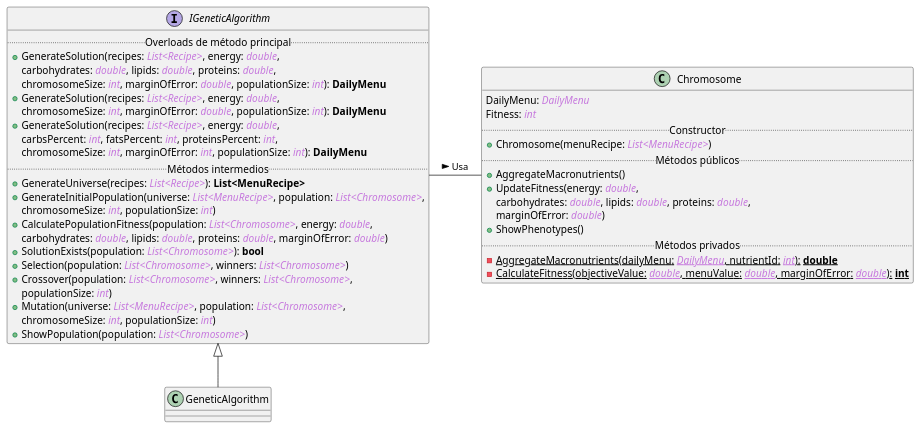
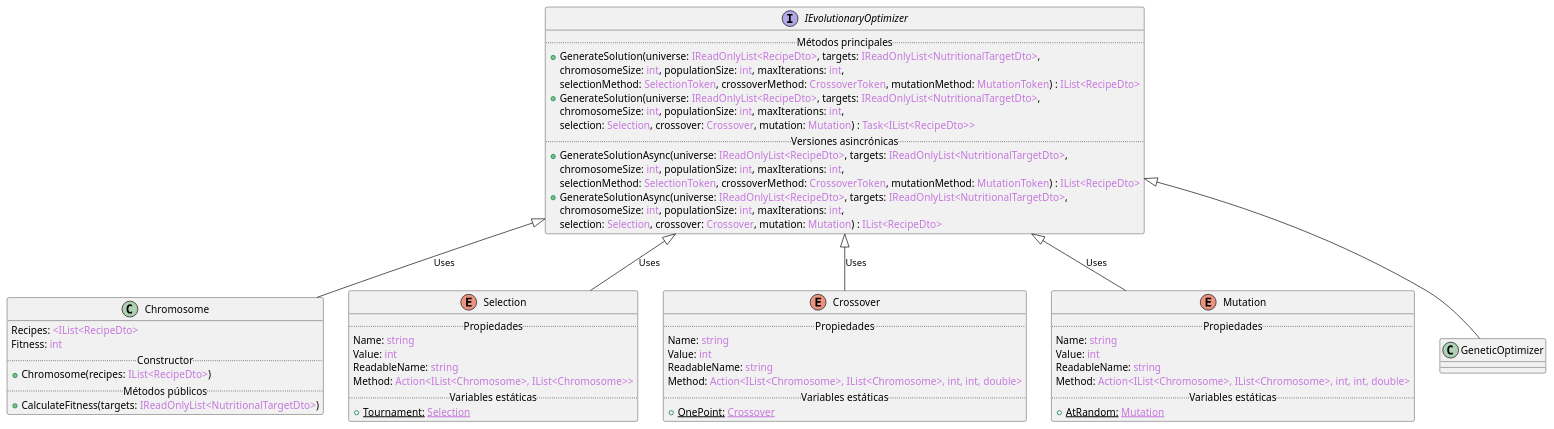
Before and after one commit to b-tapia-morales/NutriFoods: the diagram in API/Diagrams/GeneticAlgorithm.puml, drawn with PlantUML.

Commit message:
Updated class diagram to fit current implementation

```diff
--- a/API/Diagrams/GeneticAlgorithm.puml
+++ b/API/Diagrams/GeneticAlgorithm.puml
@@ -1,51 +1,68 @@
 @startuml
 'https://plantuml.com/class-diagram
 
 class Chromosome
 {
-DailyMenu: <color:#C678DD><i>DailyMenu
-Fitness: <color:#C678DD><i>int
+Recipes: <color:#C678DD><IList<RecipeDto></color>
+Fitness: <color:#C678DD>int</color>
 .. Constructor ..
-+Chromosome(menuRecipe: <color:#C678DD><i>List<MenuRecipe></i></color>)
++Chromosome(recipes: <color:#C678DD>IList<RecipeDto></color>)
 .. Métodos públicos ..
-+AggregateMacronutrients()
-+UpdateFitness(energy: <color:#C678DD><i>double</i></color>, 
-carbohydrates: <color:#C678DD><i>double</i></color>, lipids: <color:#C678DD><i>double</i></color>, proteins: <color:#C678DD><i>double</i></color>, 
-marginOfError: <color:#C678DD><i>double</i></color>)
-+ShowPhenotypes()
-.. Métodos privados ..
--{static}AggregateMacronutrients(dailyMenu: <color:#C678DD><i>DailyMenu</i></color>, nutrientId: <color:#C678DD><i>int</i></color>): <b>double</b>
--{static}CalculateFitness(objectiveValue: <color:#C678DD><i>double</i></color>, menuValue: <color:#C678DD><i>double</i></color>, marginOfError: <color:#C678DD><i>double</i></color>): <b>int</b>
++ CalculateFitness(targets: <color:#C678DD>IReadOnlyList<NutritionalTargetDto></color>)
 }
 
-interface IGeneticAlgorithm {
-.. Overloads de método principal ..
-+GenerateSolution(recipes: <color:#C678DD><i>List<Recipe></i></color>, energy: <color:#C678DD><i>double</i></color>,
-carbohydrates: <color:#C678DD><i>double</i></color>, lipids: <color:#C678DD><i>double</i></color>, proteins: <color:#C678DD><i>double</i></color>,
-chromosomeSize: <color:#C678DD><i>int</i></color>, marginOfError: <color:#C678DD><i>double</i></color>, populationSize: <color:#C678DD><i>int</i></color>): <b>DailyMenu</b>
-+GenerateSolution(recipes: <color:#C678DD><i>List<Recipe></i></color>, energy: <color:#C678DD><i>double</i></color>,
-chromosomeSize: <color:#C678DD><i>int</i></color>, marginOfError: <color:#C678DD><i>double</i></color>, populationSize: <color:#C678DD><i>int</i></color>): <b>DailyMenu
-+GenerateSolution(recipes: <color:#C678DD><i>List<Recipe></i></color>, energy: <color:#C678DD><i>double</i></color>,
-carbsPercent: <color:#C678DD><i>int</i></color>, fatsPercent: <color:#C678DD><i>int</i></color>, proteinsPercent: <color:#C678DD><i>int</i></color>,
-chromosomeSize: <color:#C678DD><i>int</i></color>, marginOfError: <color:#C678DD><i>int</i></color>, populationSize: <color:#C678DD><i>int</i></color>): <b>DailyMenu
-.. Métodos intermedios ..
-+GenerateUniverse(recipes: <color:#C678DD><i>List<Recipe></i></color>): <b>List<MenuRecipe></b>
-+GenerateInitialPopulation(universe: <color:#C678DD><i>List<MenuRecipe></i></color>, population: <color:#C678DD><i>List<Chromosome></i></color>,
-chromosomeSize: <color:#C678DD><i>int</i></color>, populationSize: <color:#C678DD><i>int</i></color>)
-+CalculatePopulationFitness(population: <color:#C678DD><i>List<Chromosome></i></color>, energy: <color:#C678DD><i>double</i></color>,
-carbohydrates: <color:#C678DD><i>double</i></color>, lipids: <color:#C678DD><i>double</i></color>, proteins: <color:#C678DD><i>double</i></color>, marginOfError: <color:#C678DD><i>double</i></color>)
-+SolutionExists(population: <color:#C678DD><i>List<Chromosome></i></color>): <b>bool</b>
-+Selection(population: <color:#C678DD><i>List<Chromosome></i></color>, winners: <color:#C678DD><i>List<Chromosome></i></color>)
-+Crossover(population: <color:#C678DD><i>List<Chromosome></i></color>, winners: <color:#C678DD><i>List<Chromosome></i></color>,
-populationSize: <color:#C678DD><i>int</i></color>)
-+Mutation(universe: <color:#C678DD><i>List<MenuRecipe></i></color>, population: <color:#C678DD><i>List<Chromosome></i></color>,
-chromosomeSize: <color:#C678DD><i>int</i></color>, populationSize: <color:#C678DD><i>int</i></color>)
-+ShowPopulation(population: <color:#C678DD><i>List<Chromosome></i></color>)
+interface IEvolutionaryOptimizer {
+.. Métodos principales ..
++GenerateSolution(universe: <color:#C678DD>IReadOnlyList<RecipeDto></color>, targets: <color:#C678DD>IReadOnlyList<NutritionalTargetDto></color>,
+chromosomeSize: <color:#C678DD>int</color>, populationSize: <color:#C678DD>int</color>, maxIterations: <color:#C678DD>int</color>,
+selectionMethod: <color:#C678DD>SelectionToken</color>, crossoverMethod: <color:#C678DD>CrossoverToken</color>, mutationMethod: <color:#C678DD>MutationToken</color>) : <color:#C678DD>IList<RecipeDto></color>
++GenerateSolution(universe: <color:#C678DD>IReadOnlyList<RecipeDto></color>, targets: <color:#C678DD>IReadOnlyList<NutritionalTargetDto></color>,
+chromosomeSize: <color:#C678DD>int</color>, populationSize: <color:#C678DD>int</color>, maxIterations: <color:#C678DD>int</color>,
+selection: <color:#C678DD>Selection</color>, crossover: <color:#C678DD>Crossover</color>, mutation: <color:#C678DD>Mutation</color>) : <color:#C678DD>Task<IList<RecipeDto>></color>
+.. Versiones asincrónicas ..
++GenerateSolutionAsync(universe: <color:#C678DD>IReadOnlyList<RecipeDto></color>, targets: <color:#C678DD>IReadOnlyList<NutritionalTargetDto></color>,
+chromosomeSize: <color:#C678DD>int</color>, populationSize: <color:#C678DD>int</color>, maxIterations: <color:#C678DD>int</color>,
+selectionMethod: <color:#C678DD>SelectionToken</color>, crossoverMethod: <color:#C678DD>CrossoverToken</color>, mutationMethod: <color:#C678DD>MutationToken</color>) : <color:#C678DD>IList<RecipeDto></color>
++GenerateSolutionAsync(universe: <color:#C678DD>IReadOnlyList<RecipeDto></color>, targets: <color:#C678DD>IReadOnlyList<NutritionalTargetDto></color>,
+chromosomeSize: <color:#C678DD>int</color>, populationSize: <color:#C678DD>int</color>, maxIterations: <color:#C678DD>int</color>,
+selection: <color:#C678DD>Selection</color>, crossover: <color:#C678DD>Crossover</color>, mutation: <color:#C678DD>Mutation</color>) : <color:#C678DD>IList<RecipeDto></color>
 }
 
-class GeneticAlgorithm
+enum Selection {
+.. Propiedades ..
+Name: <color:#C678DD>string</color>
+Value: <color:#C678DD>int</color>
+ReadableName: <color:#C678DD>string</color>
+Method: <color:#C678DD>Action<IList<Chromosome>, IList<Chromosome>></color>
+.. Variables estáticas ..
++ {static} Tournament: <color:#C678DD>Selection</color>
+}
 
-IGeneticAlgorithm <|-- GeneticAlgorithm
-IGeneticAlgorithm - Chromosome: Usa >
+enum Crossover {
+.. Propiedades ..
+Name: <color:#C678DD>string</color>
+Value: <color:#C678DD>int</color>
+ReadableName: <color:#C678DD>string</color>
+Method: <color:#C678DD>Action<IList<Chromosome>, IList<Chromosome>, int, int, double></color>
+.. Variables estáticas ..
++ {static} OnePoint: <color:#C678DD>Crossover</color>
+}
+
+enum Mutation {
+.. Propiedades ..
+Name: <color:#C678DD>string</color>
+Value: <color:#C678DD>int</color>
+ReadableName: <color:#C678DD>string</color>
+Method: <color:#C678DD>Action<IList<Chromosome>, IList<Chromosome>, int, int, double></color>
+.. Variables estáticas ..
++ {static} AtRandom: <color:#C678DD>Mutation</color>
+}
+
+IEvolutionaryOptimizer <|-- GeneticOptimizer
+IEvolutionaryOptimizer ^-- Chromosome: Uses
+IEvolutionaryOptimizer ^-- Selection: Uses
+IEvolutionaryOptimizer ^-- Crossover: Uses
+IEvolutionaryOptimizer ^-- Mutation: Uses
+
 
 @enduml
```
